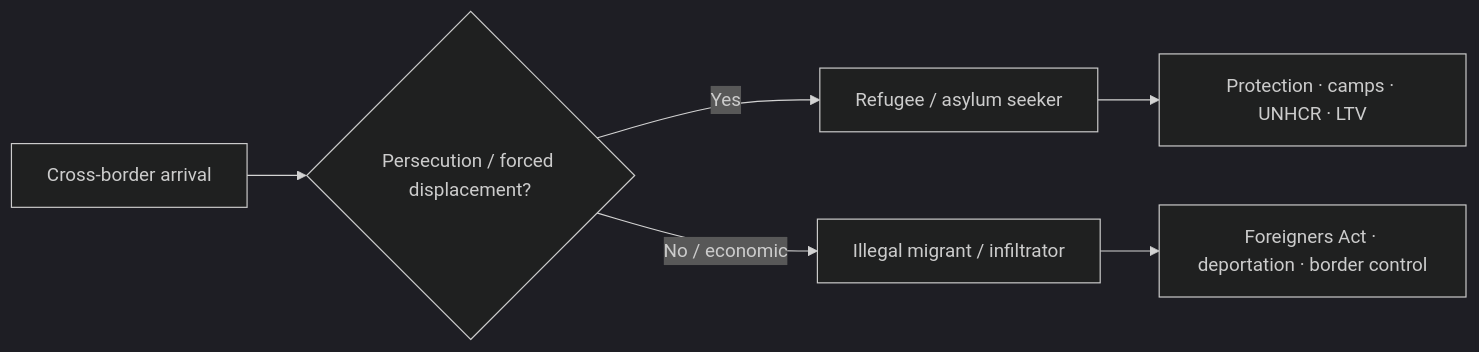
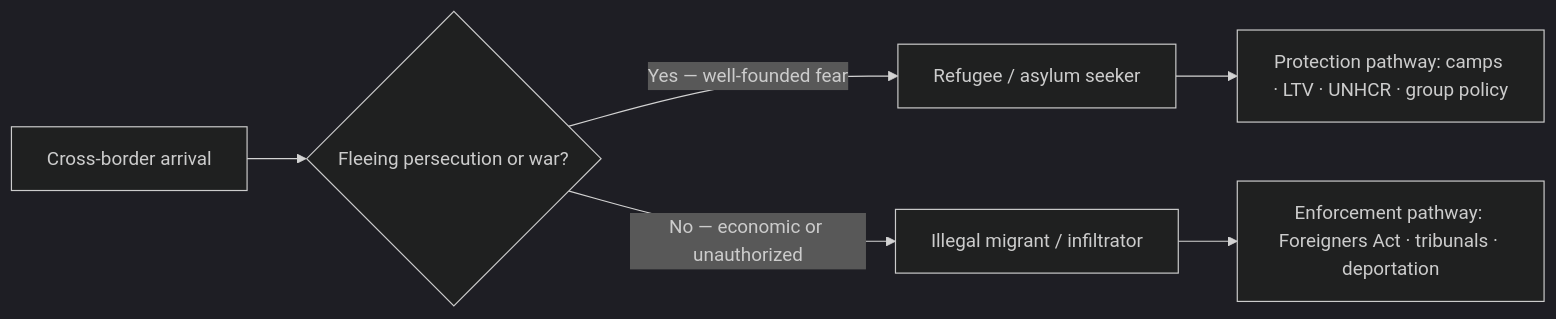
The diagram in mains-pyqs/GS-1/13_Migration/01_Refugees_Infiltrators.md (nitishpratap/UP-PCS), drawn with Mermaid (dark theme) before and after one commit. The commit also changed other lines of this file and 97 other files, not shown here.

````diff
--- a/mains-pyqs/GS-1/13_Migration/01_Refugees_Infiltrators.md
+++ b/mains-pyqs/GS-1/13_Migration/01_Refugees_Infiltrators.md
@@ -77,8 +78,8 @@
 ```mermaid
 flowchart LR
-  A[Cross-border arrival] --> B{Persecution / forced displacement?}
-  B -->|Yes| C[Refugee / asylum seeker]
-  B -->|No / economic| D[Illegal migrant / infiltrator]
-  C --> E[Protection · camps · UNHCR · LTV]
-  D --> F[Foreigners Act · deportation · border control]
+  A[Cross-border arrival] --> B{Fleeing persecution or war?}
+  B -->|Yes — well-founded fear| C[Refugee / asylum seeker]
+  B -->|No — economic or unauthorized| D[Illegal migrant / infiltrator]
+  C --> E[Protection pathway: camps · LTV · UNHCR · group policy]
+  D --> F[Enforcement pathway: Foreigners Act · tribunals · deportation]
 ```
````
